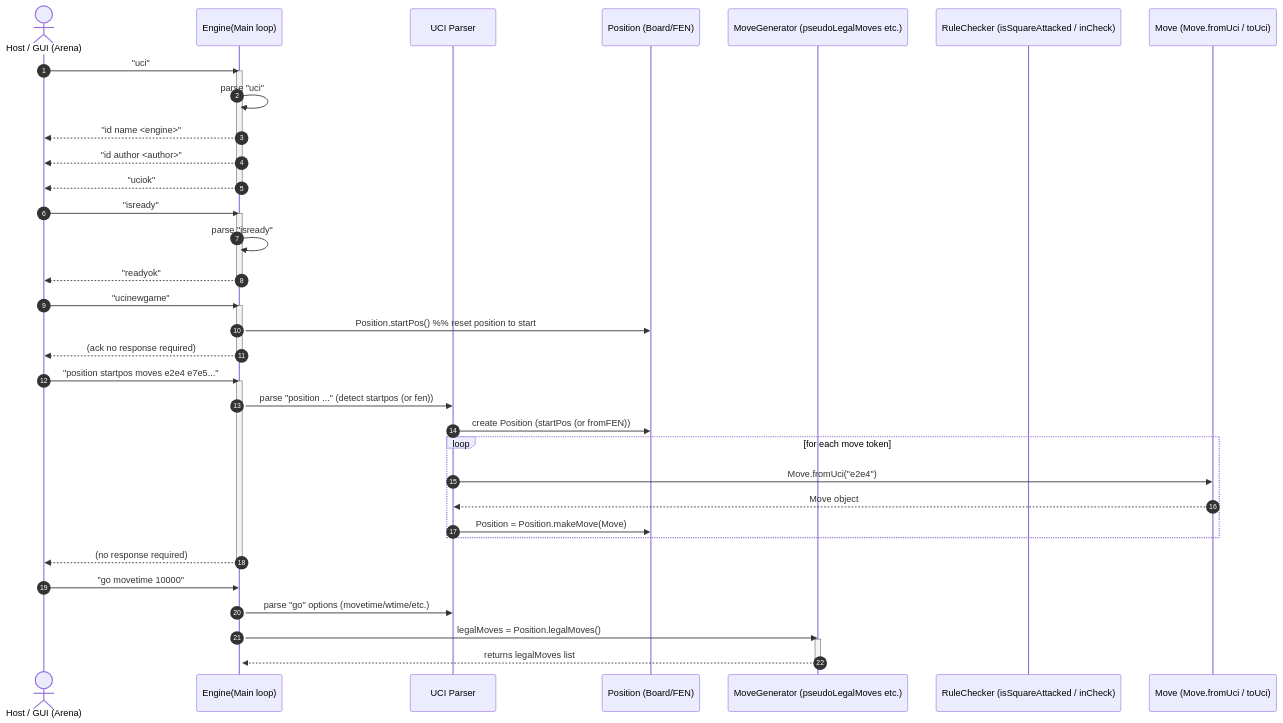
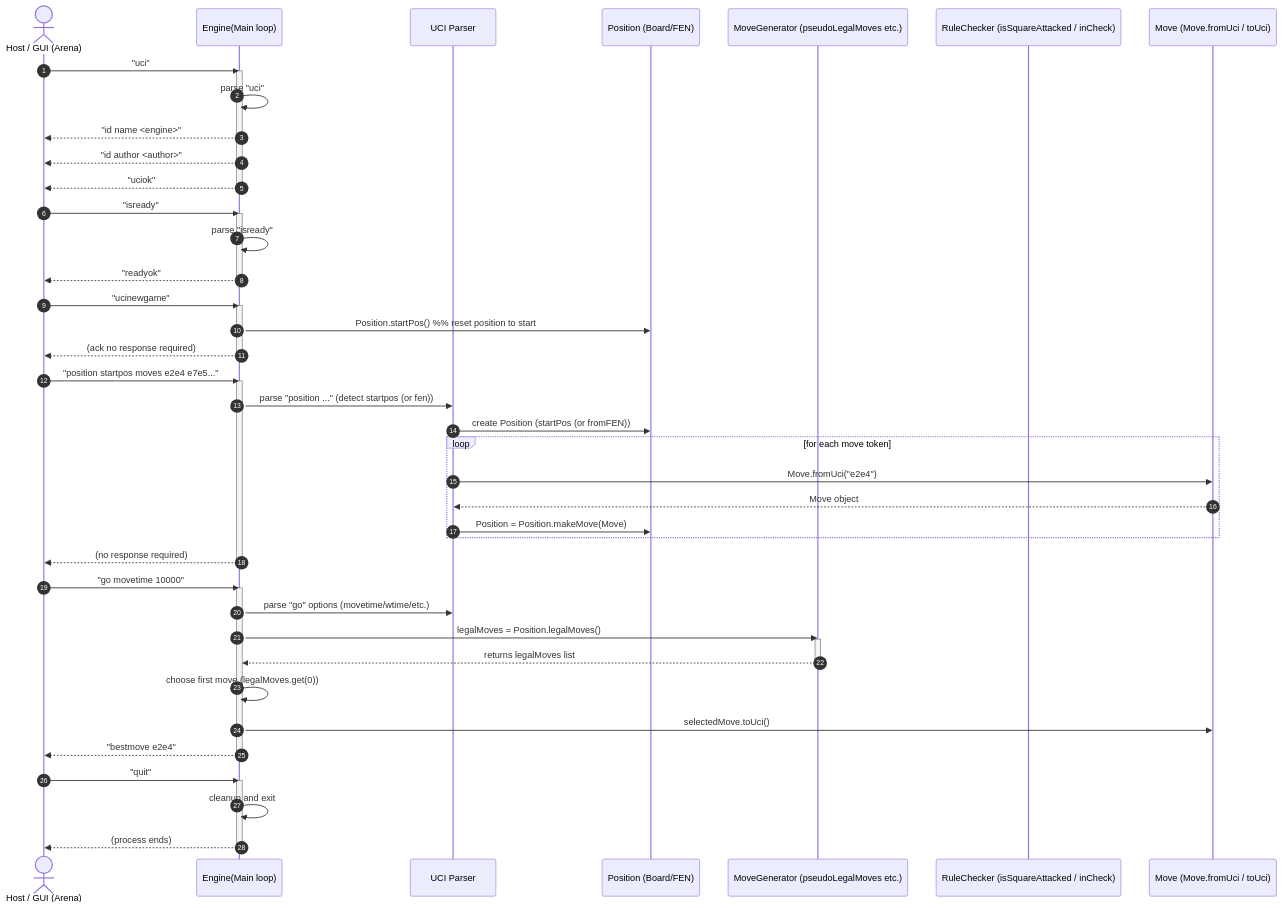
Before and after one commit to dkim0722/TestRepo: the diagram in README.md, drawn with Mermaid.

Commit message:
Updated README.md seventh time

````diff
--- a/README.md
+++ b/README.md
@@ -3,52 +3,63 @@
 ```mermaid
 sequenceDiagram
     autonumber
     actor Host as Host / GUI (Arena)
     participant Engine as Engine(Main loop)
     participant Parser as UCI Parser
     participant Position as Position (Board/FEN)
     participant MoveGen as MoveGenerator (pseudoLegalMoves etc.)
     participant Rule as RuleChecker (isSquareAttacked / inCheck)
     participant MoveObj as Move (Move.fromUci / toUci)
 
     Host ->> Engine: "uci"
     activate Engine
     Engine ->> Engine: parse "uci"
     Engine -->> Host: "id name <engine>"
     Engine -->> Host: "id author <author>"
     Engine -->> Host: "uciok"
     deactivate Engine
 
     Host ->> Engine: "isready"
     activate Engine
     Engine ->> Engine: parse "isready"
     Engine -->> Host: "readyok"
     deactivate Engine
 
     Host ->> Engine: "ucinewgame"
     activate Engine
     Engine ->> Position: Position.startPos() %% reset position to start
     Engine -->> Host: (ack no response required)
     deactivate Engine
 
     Host ->> Engine: "position startpos moves e2e4 e7e5..."
     activate Engine
     Engine ->> Parser: parse "position ..." (detect startpos (or fen))
     Parser ->> Position: create Position (startPos (or fromFEN))
     loop for each move token
         Parser ->> MoveObj: Move.fromUci("e2e4")
         MoveObj -->> Parser: Move object
         Parser ->> Position: Position = Position.makeMove(Move)
     end
     Engine -->> Host: (no response required)
     deactivate Engine
 
     Host ->> Engine: "go movetime 10000"
     activate Engine
     Engine ->> Parser: parse "go" options (movetime/wtime/etc.)
     Engine ->> MoveGen: legalMoves = Position.legalMoves()
     activate MoveGen
     MoveGen -->> Engine: returns legalMoves list
     deactivate MoveGen
 
+    Engine ->> Engine: choose first move (legalMoves.get(0))
+    Engine ->> MoveObj: selectedMove.toUci()
+    Engine -->> Host: "bestmove e2e4"
+    deactivate Engine
+
+    Host ->> Engine: "quit"
+    activate Engine
+    Engine ->> Engine: cleanup and exit
+    Engine -->> Host: (process ends)
+    deactivate Engine
+
 ```
````
